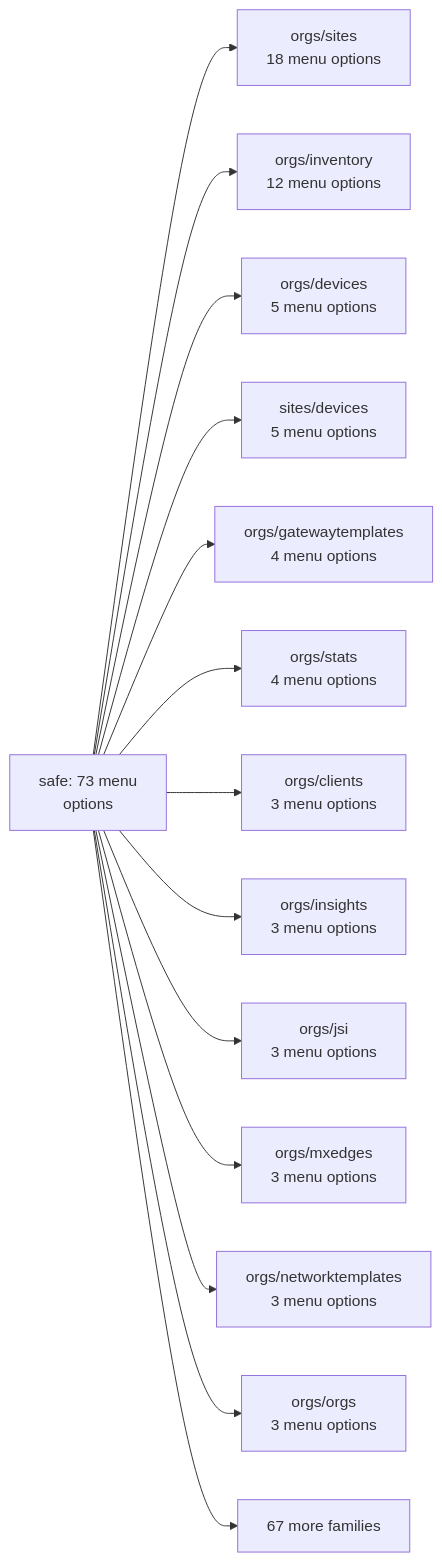
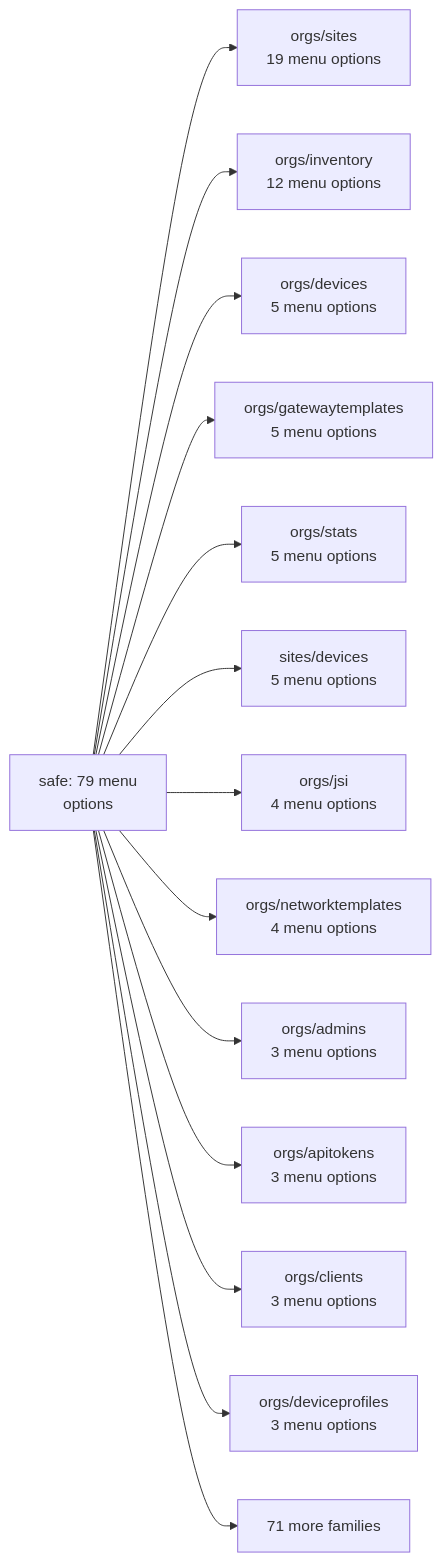
Before and after one commit to jmorrison-juniper/MistHelper: the first of 20 diagrams in documentation/menu-api/safe.md, drawn with Mermaid. The commit also changed other lines of this file and 6 other files, not shown here.

````diff
--- a/documentation/menu-api/safe.md
+++ b/documentation/menu-api/safe.md
@@ -17,17 +17,17 @@
 ```mermaid
 flowchart LR
-    root["safe: 73 menu<br/>options"]
-    root --> f_orgs_sites["orgs/sites<br/>18 menu options"]
+    root["safe: 79 menu<br/>options"]
+    root --> f_orgs_sites["orgs/sites<br/>19 menu options"]
     root --> f_orgs_inventory["orgs/inventory<br/>12 menu options"]
     root --> f_orgs_devices["orgs/devices<br/>5 menu options"]
+    root --> f_orgs_gatewaytemplates["orgs/gatewaytemplates<br/>5 menu options"]
+    root --> f_orgs_stats["orgs/stats<br/>5 menu options"]
     root --> f_sites_devices["sites/devices<br/>5 menu options"]
-    root --> f_orgs_gatewaytemplates["orgs/gatewaytemplates<br/>4 menu options"]
-    root --> f_orgs_stats["orgs/stats<br/>4 menu options"]
+    root --> f_orgs_jsi["orgs/jsi<br/>4 menu options"]
+    root --> f_orgs_networktemplates["orgs/networktemplates<br/>4 menu options"]
+    root --> f_orgs_admins["orgs/admins<br/>3 menu options"]
+    root --> f_orgs_apitokens["orgs/apitokens<br/>3 menu options"]
     root --> f_orgs_clients["orgs/clients<br/>3 menu options"]
-    root --> f_orgs_insights["orgs/insights<br/>3 menu options"]
-    root --> f_orgs_jsi["orgs/jsi<br/>3 menu options"]
-    root --> f_orgs_mxedges["orgs/mxedges<br/>3 menu options"]
-    root --> f_orgs_networktemplates["orgs/networktemplates<br/>3 menu options"]
-    root --> f_orgs_orgs["orgs/orgs<br/>3 menu options"]
-    root --> more["67 more families"]
+    root --> f_orgs_deviceprofiles["orgs/deviceprofiles<br/>3 menu options"]
+    root --> more["71 more families"]
 ```
````
